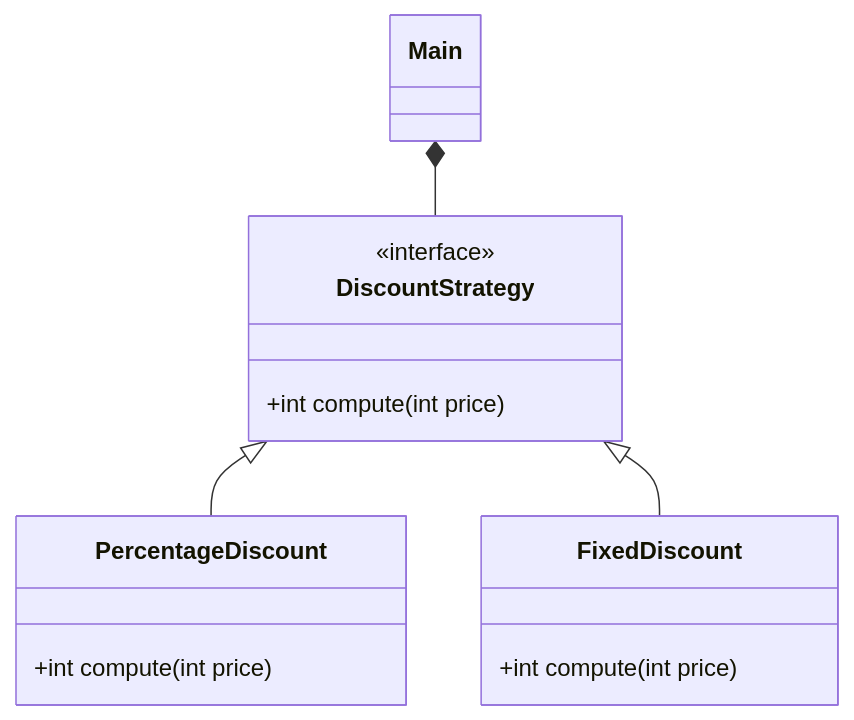
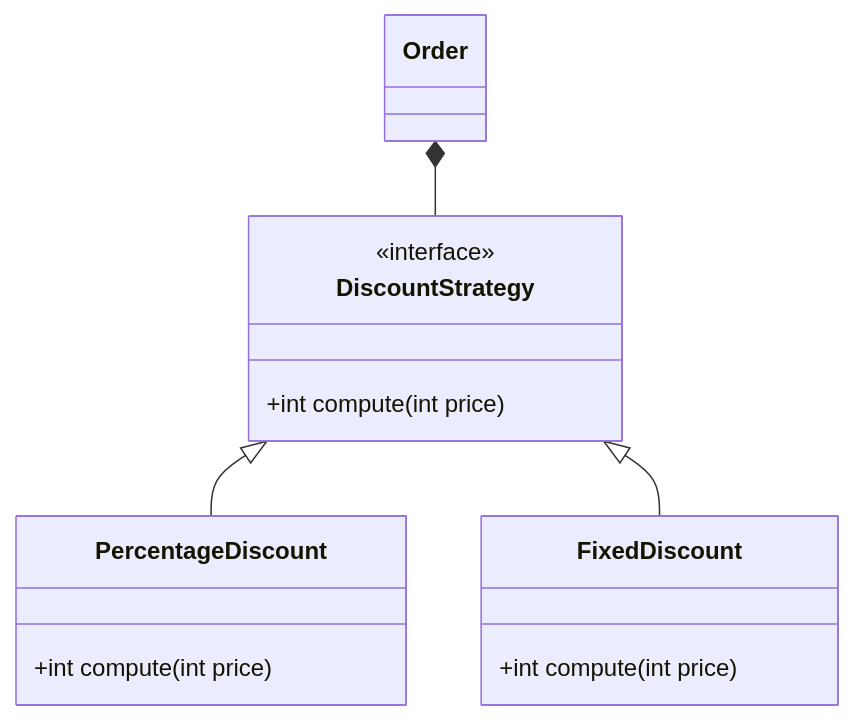
Before and after one commit to MateDawid/Learning: the second of 2 diagrams in Python/023_Pythonic_Patterns/001_Strategy.md, drawn with Mermaid. The commit also changed other lines of this file, not shown here.

Commit message:
Python: Strategy pattern update

````diff
--- a/Python/023_Pythonic_Patterns/001_Strategy.md
+++ b/Python/023_Pythonic_Patterns/001_Strategy.md
@@ -52,19 +55,19 @@
 ```mermaid
 classDiagram
-    class Main {
+    class Order {
 
     }
     class DiscountStrategy {
         <<interface>>
         +int compute(int price)
     }
     class PercentageDiscount {
         +int compute(int price)
     }
     class FixedDiscount {
         +int compute(int price)
     }
     DiscountStrategy <|-- PercentageDiscount
     DiscountStrategy <|-- FixedDiscount
-    Main *-- DiscountStrategy
+    Order *-- DiscountStrategy
 ```
````
